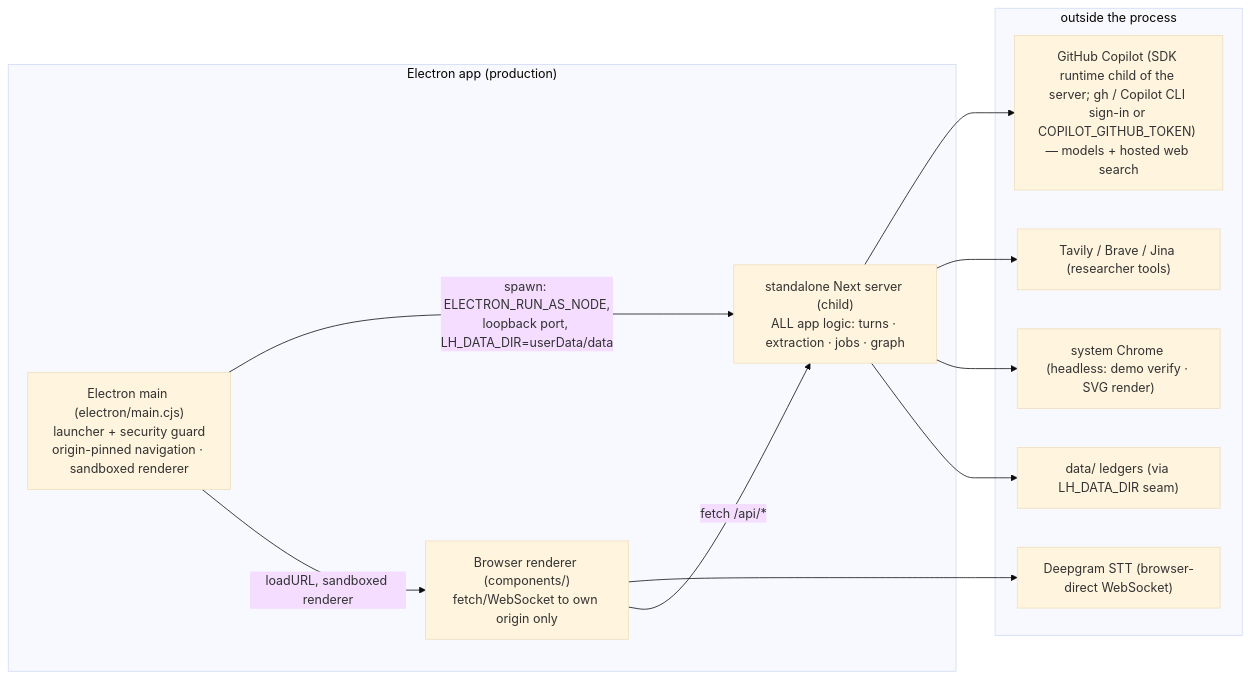
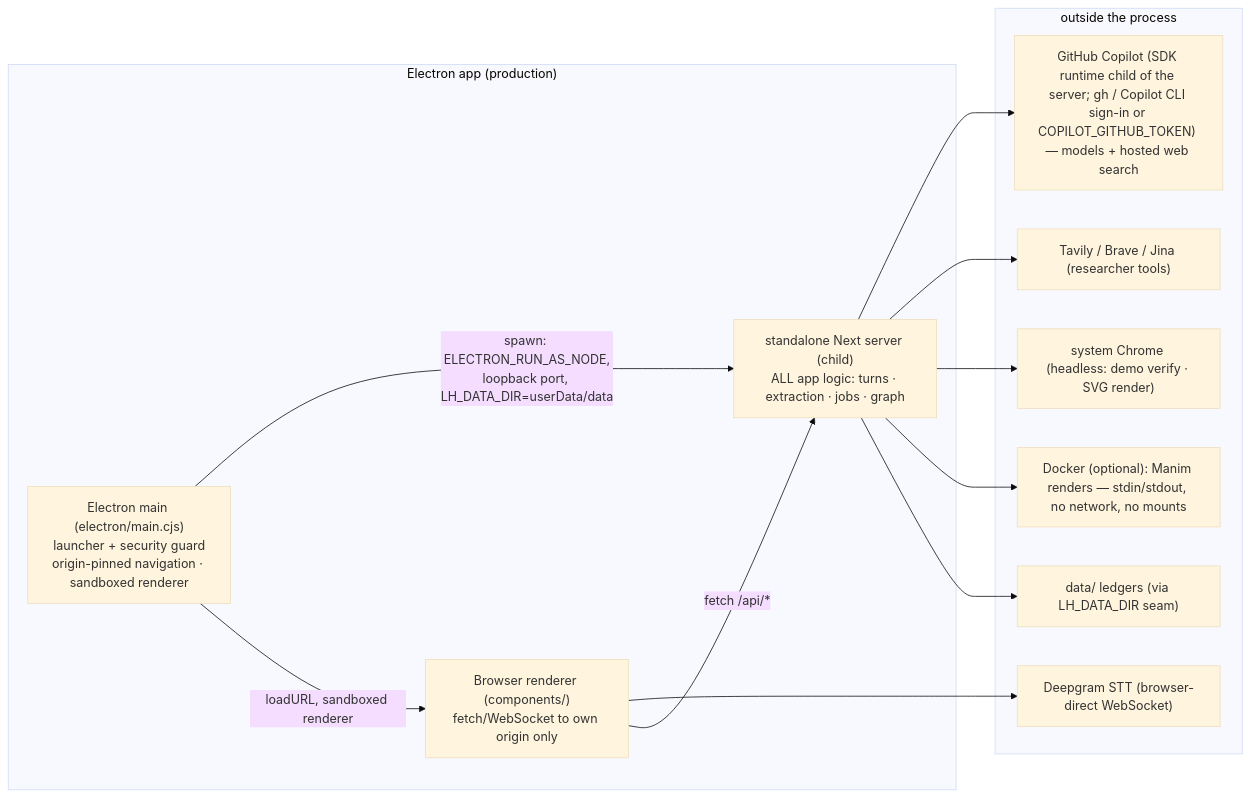
One commit to Bakar404/cairn changed the seventh of 7 diagrams in docs/architecture.md. Above: the diagram before and after it, drawn with Mermaid (base theme). The commit also changed other lines of this file and 37 other files, not shown here.

````diff
--- a/docs/architecture.md
+++ b/docs/architecture.md
@@ -407,20 +407,22 @@
 ```mermaid
 flowchart LR
     subgraph DESKTOP["Electron app (production)"]
         MAIN["Electron main (electron/main.cjs)<br/>launcher + security guard<br/>origin-pinned navigation · sandboxed renderer"] -->|"spawn: ELECTRON_RUN_AS_NODE,<br/>loopback port, LH_DATA_DIR=userData/data"| NEXT["standalone Next server (child)<br/>ALL app logic: turns · extraction · jobs · graph"]
         MAIN -->|"loadURL, sandboxed renderer"| REND["Browser renderer (components/)<br/>fetch/WebSocket to own origin only"]
     end
     subgraph OUTSIDE["outside the process"]
         CP["GitHub Copilot (SDK runtime child of the server; gh / Copilot CLI sign-in or COPILOT_GITHUB_TOKEN) — models + hosted web search"]
         DG["Deepgram STT (browser-direct WebSocket)"]
         WEBT["Tavily / Brave / Jina (researcher tools)"]
         CHROME["system Chrome (headless: demo verify · SVG render)"]
+        DOCKER["Docker (optional): Manim renders — stdin/stdout, no network, no mounts"]
         DISK["data/ ledgers (via LH_DATA_DIR seam)"]
     end
     NEXT --> CP
     NEXT --> WEBT
     NEXT --> CHROME
+    NEXT --> DOCKER
     NEXT --> DISK
     REND --> DG
     REND -->|"fetch /api/*"| NEXT
 ```
````
